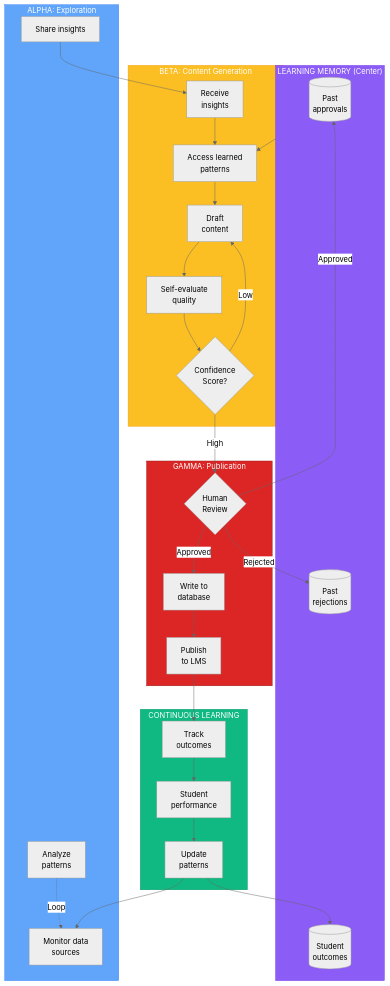
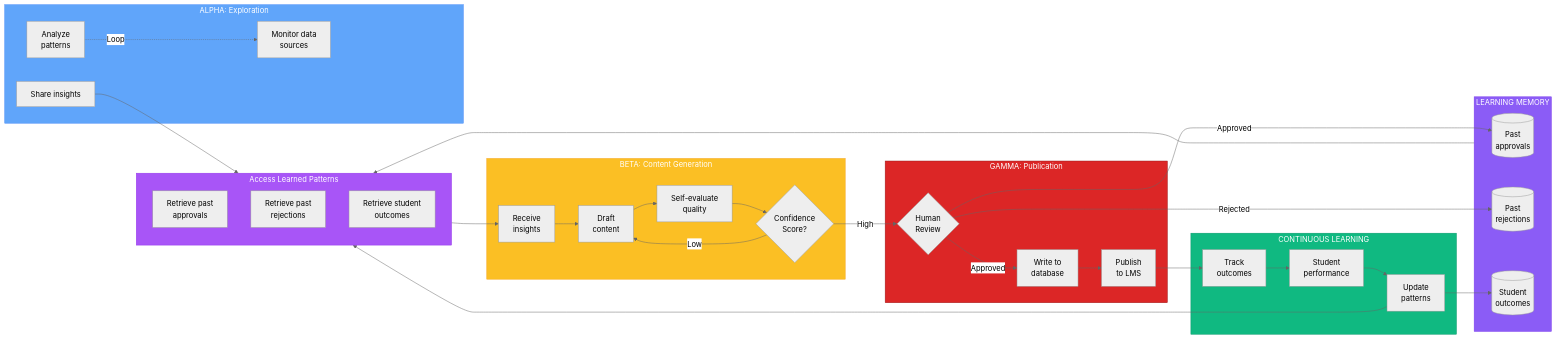
The second of 4 diagrams in demos/bronco-demo/architecture.md (Lizo-RoadTown/Portfolio), drawn with Mermaid (neutral theme) before and after one commit.

Commit message:
refactor: restructure agent workflow diagram into true circular layout
- Extract "Access Learned Patterns" as standalone block (left position)
- Create 4-block circle: Patterns → Beta → Gamma → Feedback → Patterns
- Place Alpha outside circle, feeding into Patterns
- Position Learning Memory at center with connections from Gamma and Feedback
- Change to LR (left-right) flowchart for better circular rendering
- Eliminate crossing lines and optimize distances

🤖 Generated with [Claude Code](https://claude.com/claude-code)

````diff
--- a/demos/bronco-demo/architecture.md
+++ b/demos/bronco-demo/architecture.md
@@ -111,64 +111,73 @@
 ```mermaid
-flowchart TD
-    %% Central Learning Memory
-    subgraph LEARNING["LEARNING MEMORY (Center)"]
-        L1[(Past<br/>approvals)]
-        L2[(Past<br/>rejections)]
-        L3[(Student<br/>outcomes)]
-    end
-
-    %% Circle Block 1: ALPHA (Top)
+flowchart LR
+    %% Outside the circle: ALPHA
     subgraph ALPHA["ALPHA: Exploration"]
         A1[Monitor data<br/>sources]
         A2[Analyze<br/>patterns]
         A3[Share insights]
     end
 
-    %% Circle Block 2: BETA (Right)
+    %% Circle Block 1 (LEFT): Access Learned Patterns
+    subgraph PATTERNS["Access Learned Patterns"]
+        P1[Retrieve past<br/>approvals]
+        P2[Retrieve past<br/>rejections]
+        P3[Retrieve student<br/>outcomes]
+    end
+
+    %% Circle Block 2 (TOP): Beta Content Generation
     subgraph BETA["BETA: Content Generation"]
         B1[Receive<br/>insights]
-        B2[Access learned<br/>patterns]
         B3[Draft<br/>content]
         B4[Self-evaluate<br/>quality]
         B5{Confidence<br/>Score?}
     end
 
-    %% Circle Block 3: GAMMA (Bottom)
+    %% Circle Block 3 (RIGHT): Gamma Publication
     subgraph GAMMA["GAMMA: Publication"]
         G1{Human<br/>Review}
         G2[Write to<br/>database]
         G3[Publish<br/>to LMS]
     end
 
-    %% Circle Block 4: FEEDBACK (Left)
+    %% Circle Block 4 (BOTTOM): Continuous Learning
     subgraph FEEDBACK["CONTINUOUS LEARNING"]
         F1[Track<br/>outcomes]
         F2[Student<br/>performance]
         F3[Update<br/>patterns]
     end
 
-    %% Circular flow between the 4 blocks
-    A3 --> B1
+    %% Center: Learning Memory
+    subgraph LEARNING["LEARNING MEMORY"]
+        L1[(Past<br/>approvals)]
+        L2[(Past<br/>rejections)]
+        L3[(Student<br/>outcomes)]
+    end
+
+    %% Alpha feeds into Access Learned Patterns (outside → circle)
+    A3 --> PATTERNS
     A2 -.->|Loop| A1
 
-    B1 --> B2 --> B3 --> B4 --> B5
+    %% Circular flow: Patterns → Beta → Gamma → Feedback → Patterns
+    PATTERNS --> B1
+    B1 --> B3 --> B4 --> B5
     B5 -- High --> G1
     B5 -- Low --> B3
+    G1 -- Approved --> G2
+    G2 --> G3 --> F1
+    F1 --> F2 --> F3
+    F3 --> PATTERNS
 
-    G1 -- Approved --> G2 --> G3 --> F1
-
-    F1 --> F2 --> F3 --> A1
-
-    %% All blocks connect to/from central LEARNING MEMORY
-    LEARNING --> B2
+    %% Learning Memory (center) connections
+    LEARNING --> PATTERNS
     G1 -- Approved --> L1
     G1 -- Rejected --> L2
     F3 --> L3
 
-    %% Style (preserved from original)
+    %% Style
     style ALPHA fill:#60a5fa,stroke:#3b82f6,color:#fff
+    style PATTERNS fill:#a855f7,stroke:#9333ea,color:#fff
     style BETA fill:#fbbf24,stroke:#f59e0b,color:#fff
-    style LEARNING fill:#8b5cf6,stroke:#7c3aed,color:#fff
     style GAMMA fill:#dc2626,stroke:#991b1b,color:#fff
     style FEEDBACK fill:#10b981,stroke:#059669,color:#fff
+    style LEARNING fill:#8b5cf6,stroke:#7c3aed,color:#fff
 ```
````
